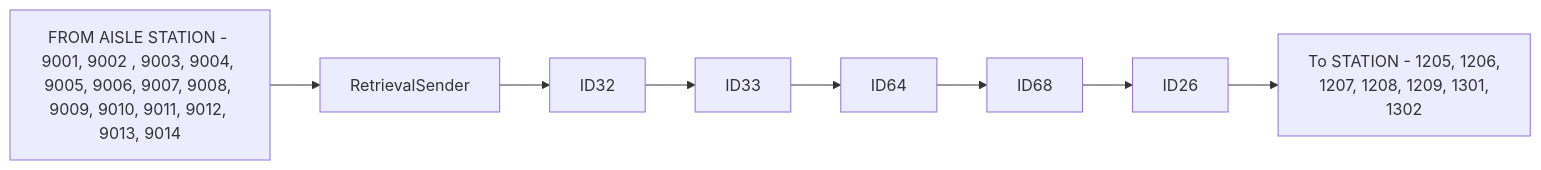
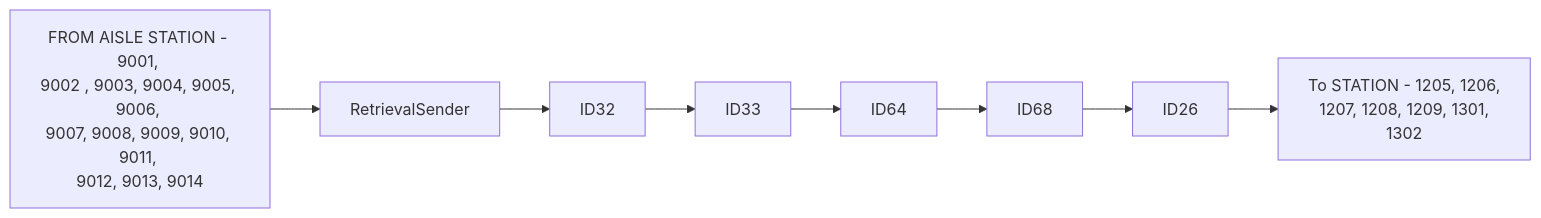
Before and after one commit to luthfiadityaa/SimeDarby-Wiki: the first of 9 diagrams in Basic-Design/DFD-WMS/Retrieval/Unplanned-Retrieval-to-HP-Area.md, drawn with Mermaid.

Commit message:
Updated Unplanned Retrieval to HP Area

```diff
--- a/Basic-Design/DFD-WMS/Retrieval/Unplanned-Retrieval-to-HP-Area.md
+++ b/Basic-Design/DFD-WMS/Retrieval/Unplanned-Retrieval-to-HP-Area.md
@@ -8,7 +8,10 @@
 ::: mermaid
 flowchart LR
   
-P1[FROM AISLE STATION - 9001, 9002 , 9003, 9004, 9005, 9006, 9007, 9008, 9009, 9010, 9011, 9012, 9013, 9014]-->P2[RetrievalSender]-->P3[ID32]-->P4[ID33]-->P5[ID64]-->P6[ID68]-->P7[ID26]-->P8[To STATION - 1205, 1206, 
+P1[FROM AISLE STATION - 9001, 
+9002 , 9003, 9004, 9005, 9006, 
+9007, 9008, 9009, 9010, 9011, 
+9012, 9013, 9014]-->P2[RetrievalSender]-->P3[ID32]-->P4[ID33]-->P5[ID64]-->P6[ID68]-->P7[ID26]-->P8[To STATION - 1205, 1206, 
 1207, 1208, 1209, 1301, 
 1302] 
 :::
```
